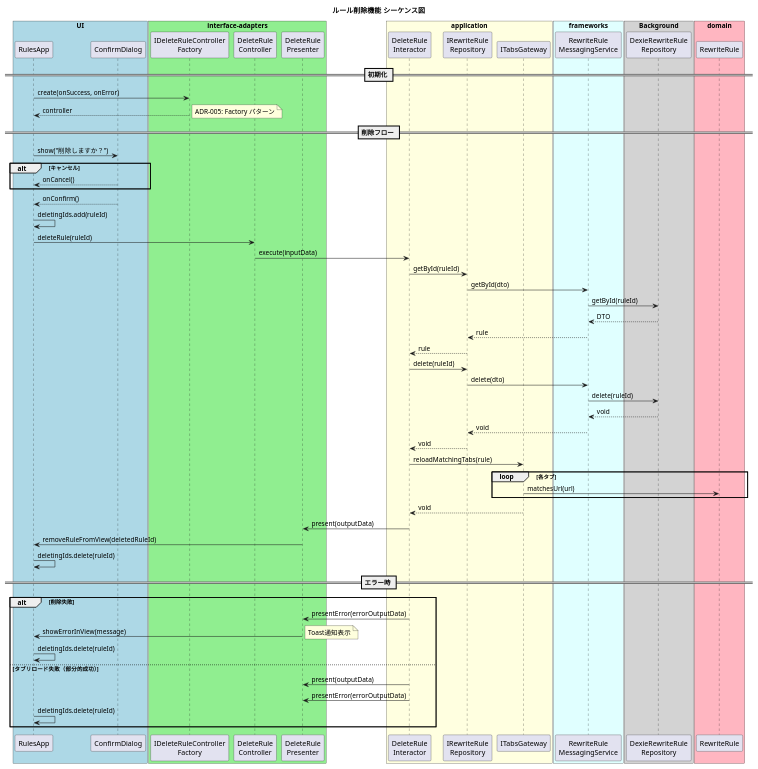
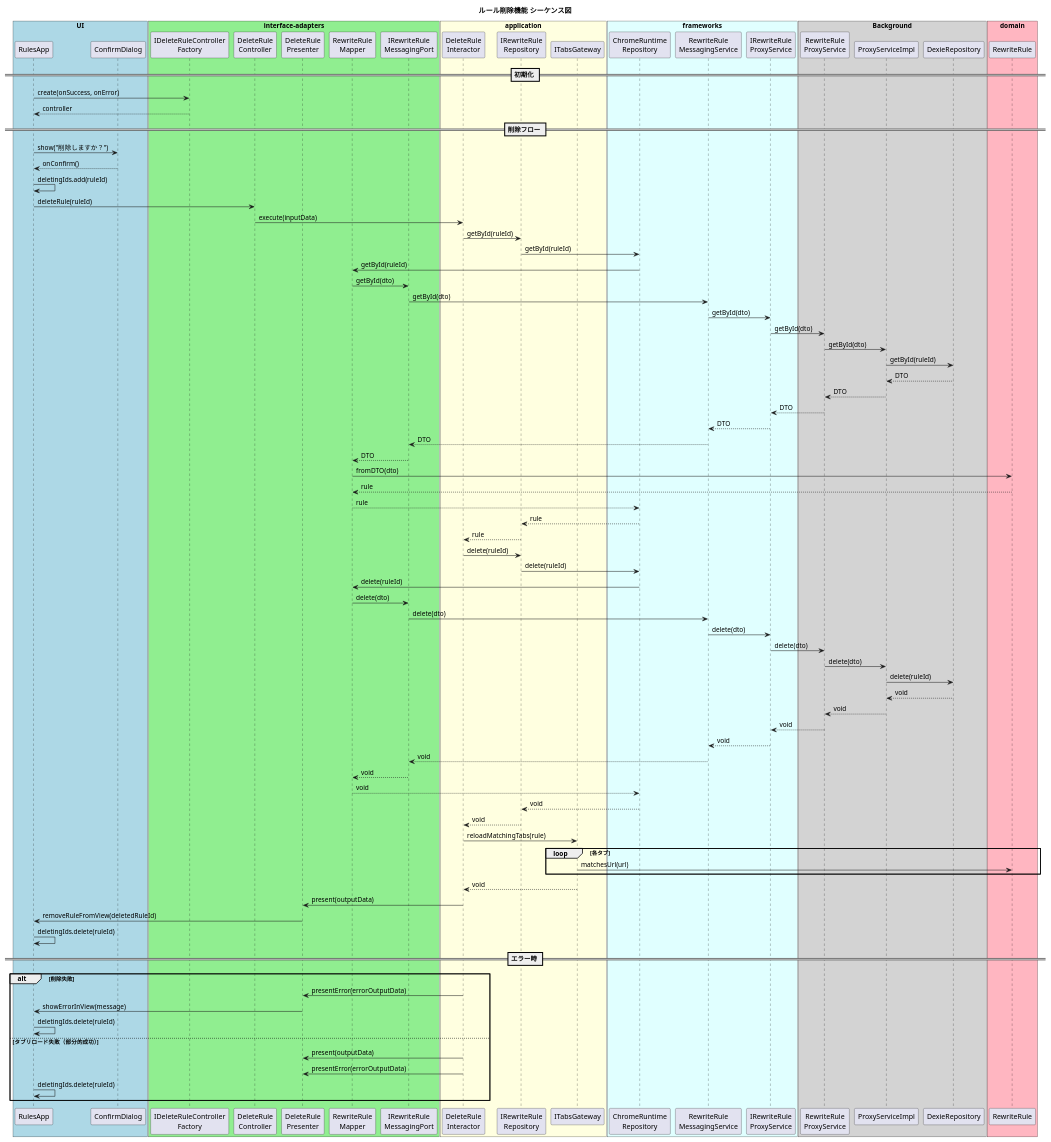
The diagram in docs/design/pages/rule-list/features/delete-rule/02-sequence.puml (akAredminEogre/frog-frame-front), drawn with PlantUML before and after one commit.

Commit message:
docs: シーケンス図にメッセージング層を復元
- Mapper, MessagingPort, ProxyService等の詳細フローを復元
- ノートを削減して4096文字以内に収める

```diff
--- a/docs/design/pages/rule-list/features/delete-rule/02-sequence.puml
+++ b/docs/design/pages/rule-list/features/delete-rule/02-sequence.puml
@@ -1,90 +1,116 @@
 @startuml DeleteRule
 
 title ルール削除機能 シーケンス図
 
 box "UI" #LightBlue
   participant "RulesApp" as View
   participant "ConfirmDialog" as Dialog
 end box
 
 box "interface-adapters" #LightGreen
   participant "IDeleteRuleController\nFactory" as IFactory
   participant "DeleteRule\nController" as Controller
   participant "DeleteRule\nPresenter" as Presenter
+  participant "RewriteRule\nMapper" as Mapper
+  participant "IRewriteRule\nMessagingPort" as IMessagingPort
 end box
 
 box "application" #LightYellow
   participant "DeleteRule\nInteractor" as Interactor
   participant "IRewriteRule\nRepository" as IRepository
   participant "ITabsGateway" as ITabsGateway
 end box
 
 box "frameworks" #LightCyan
+  participant "ChromeRuntime\nRepository" as MessagingRepo
   participant "RewriteRule\nMessagingService" as MessagingService
+  participant "IRewriteRule\nProxyService" as IProxyService
 end box
 
 box "Background" #LightGray
-  participant "DexieRewriteRule\nRepository" as DexieRepo
+  participant "RewriteRule\nProxyService" as ProxyService
+  participant "ProxyServiceImpl" as ProxyServiceImpl
+  participant "DexieRepository" as DexieRepo
 end box
 
 box "domain" #LightPink
   participant "RewriteRule" as Entity
 end box
 
 == 初期化 ==
 
 View -> IFactory : create(onSuccess, onError)
 IFactory --> View : controller
-note right: ADR-005: Factory パターン
 
 == 削除フロー ==
 
 View -> Dialog : show("削除しますか？")
-alt キャンセル
-  Dialog --> View : onCancel()
-end
-
 Dialog --> View : onConfirm()
 View -> View : deletingIds.add(ruleId)
 
 View -> Controller : deleteRule(ruleId)
 Controller -> Interactor : execute(inputData)
 
 Interactor -> IRepository : getById(ruleId)
-IRepository -> MessagingService : getById(dto)
-MessagingService -> DexieRepo : getById(ruleId)
-DexieRepo --> MessagingService : DTO
-MessagingService --> IRepository : rule
+IRepository -> MessagingRepo : getById(ruleId)
+MessagingRepo -> Mapper : getById(ruleId)
+Mapper -> IMessagingPort : getById(dto)
+IMessagingPort -> MessagingService : getById(dto)
+MessagingService -> IProxyService : getById(dto)
+IProxyService -> ProxyService : getById(dto)
+ProxyService -> ProxyServiceImpl : getById(dto)
+ProxyServiceImpl -> DexieRepo : getById(ruleId)
+DexieRepo --> ProxyServiceImpl : DTO
+ProxyServiceImpl --> ProxyService : DTO
+ProxyService --> IProxyService : DTO
+IProxyService --> MessagingService : DTO
+MessagingService --> IMessagingPort : DTO
+IMessagingPort --> Mapper : DTO
+Mapper -> Entity : fromDTO(dto)
+Entity --> Mapper : rule
+Mapper --> MessagingRepo : rule
+MessagingRepo --> IRepository : rule
 IRepository --> Interactor : rule
 
 Interactor -> IRepository : delete(ruleId)
-IRepository -> MessagingService : delete(dto)
-MessagingService -> DexieRepo : delete(ruleId)
-DexieRepo --> MessagingService : void
-MessagingService --> IRepository : void
+IRepository -> MessagingRepo : delete(ruleId)
+MessagingRepo -> Mapper : delete(ruleId)
+Mapper -> IMessagingPort : delete(dto)
+IMessagingPort -> MessagingService : delete(dto)
+MessagingService -> IProxyService : delete(dto)
+IProxyService -> ProxyService : delete(dto)
+ProxyService -> ProxyServiceImpl : delete(dto)
+ProxyServiceImpl -> DexieRepo : delete(ruleId)
+DexieRepo --> ProxyServiceImpl : void
+ProxyServiceImpl --> ProxyService : void
+ProxyService --> IProxyService : void
+IProxyService --> MessagingService : void
+MessagingService --> IMessagingPort : void
+IMessagingPort --> Mapper : void
+Mapper --> MessagingRepo : void
+MessagingRepo --> IRepository : void
 IRepository --> Interactor : void
 
 Interactor -> ITabsGateway : reloadMatchingTabs(rule)
 loop 各タブ
   ITabsGateway -> Entity : matchesUrl(url)
 end
 ITabsGateway --> Interactor : void
 
 Interactor -> Presenter : present(outputData)
 Presenter -> View : removeRuleFromView(deletedRuleId)
 View -> View : deletingIds.delete(ruleId)
 
 == エラー時 ==
 
 alt 削除失敗
   Interactor -> Presenter : presentError(errorOutputData)
   Presenter -> View : showErrorInView(message)
-  note right: Toast通知表示
   View -> View : deletingIds.delete(ruleId)
 else タブリロード失敗（部分的成功）
   Interactor -> Presenter : present(outputData)
   Interactor -> Presenter : presentError(errorOutputData)
   View -> View : deletingIds.delete(ruleId)
 end
 
 @enduml
```
